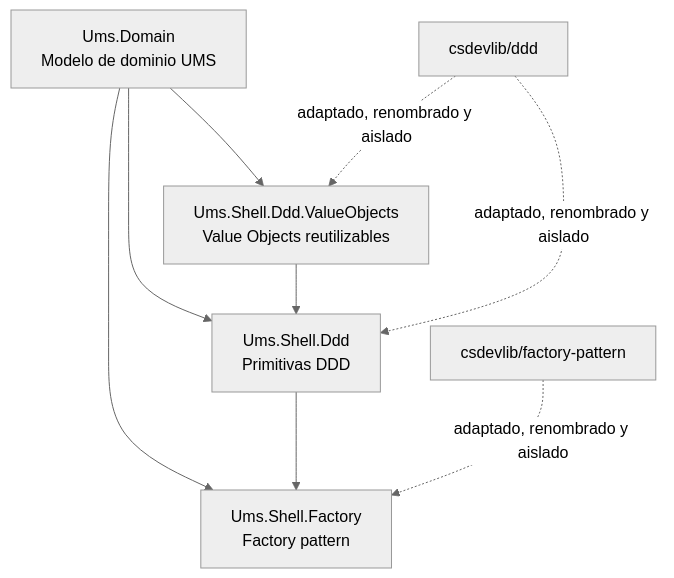
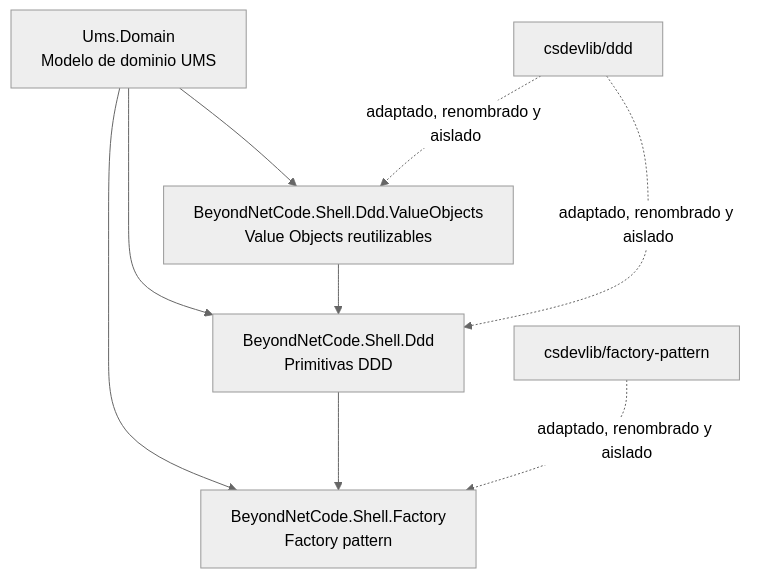
One commit to beyondnetcode/ums changed the diagram in docs/governance/construction/ddd-design/11-ddd-primitives.md. Above: the diagram before and after it, drawn with Mermaid (neutral theme). The commit also changed other lines of this file and 339 other files, not shown here.

````diff
--- a/docs/governance/construction/ddd-design/11-ddd-primitives.md
+++ b/docs/governance/construction/ddd-design/11-ddd-primitives.md
@@ -19,13 +19,13 @@
 ```mermaid
 flowchart TD
-    Domain["Ums.Domain<br/>Modelo de dominio UMS"] --> Ddd["Ums.Shell.Ddd<br/>Primitivas DDD"]
-    Domain --> ValueObjects["Ums.Shell.Ddd.ValueObjects<br/>Value Objects reutilizables"]
-    Domain --> Factory["Ums.Shell.Factory<br/>Factory pattern"]
+    Domain["Ums.Domain<br/>Modelo de dominio UMS"] --> Ddd["BeyondNetCode.Shell.Ddd<br/>Primitivas DDD"]
+    Domain --> ValueObjects["BeyondNetCode.Shell.Ddd.ValueObjects<br/>Value Objects reutilizables"]
+    Domain --> Factory["BeyondNetCode.Shell.Factory<br/>Factory pattern"]
 
     ValueObjects --> Ddd
     Ddd --> Factory
 
     UpstreamDdd["csdevlib/ddd"] -. "adaptado, renombrado y aislado" .-> Ddd
     UpstreamDdd -. "adaptado, renombrado y aislado" .-> ValueObjects
     UpstreamFactory["csdevlib/factory-pattern"] -. "adaptado, renombrado y aislado" .-> Factory
 ```
````
